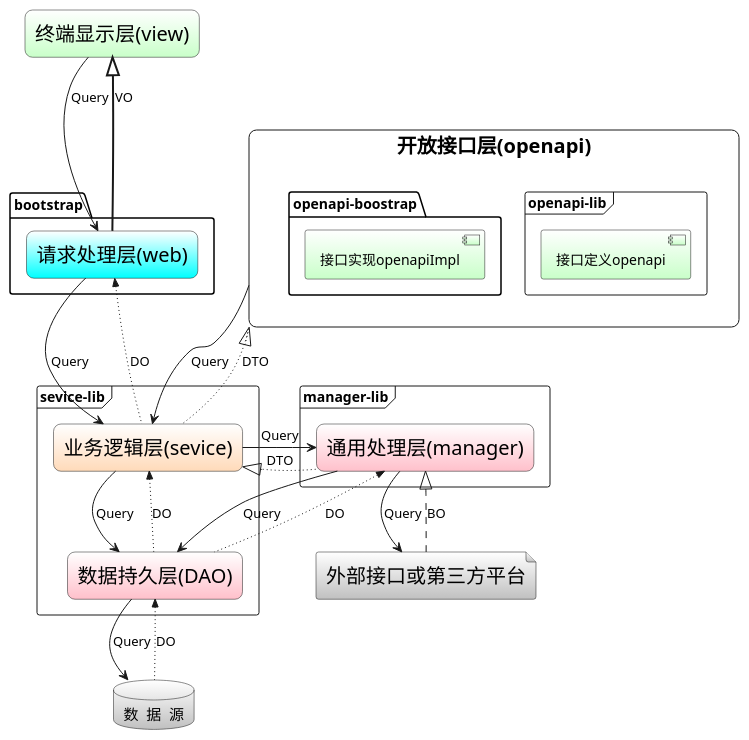
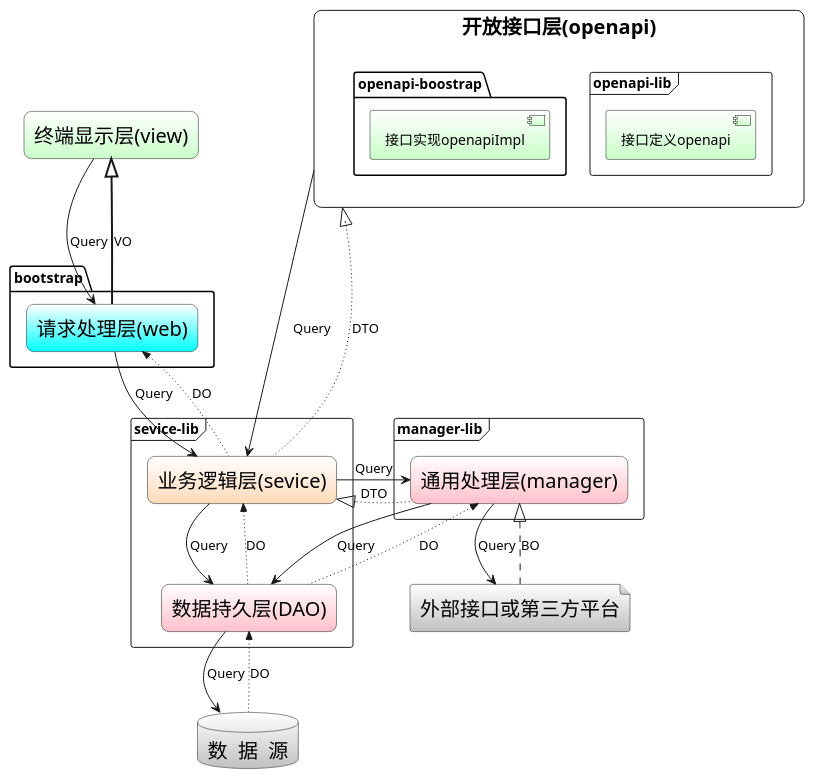
One commit to jianengzhn/baiju changed the first of 2 diagrams in doc/project-framework.puml. Above: the diagram before and after it, drawn with PlantUML. The commit also changed 2 other files, not shown here.

```diff
--- a/doc/project-framework.puml
+++ b/doc/project-framework.puml
@@ -1,58 +1,58 @@
 @startuml
 
 '圆角rectangle黑边
 skinparam  rectangle{
     RoundCorner 15
     FontSize 20
 }
-skinparam databaseFontSize 15
+skinparam databaseFontSize 20
 skinparam fileFontSize 20
 
 ' agent为直角形状红边框，
 rectangle #white-Technology "终端显示层(view)" as view
 ' rectangle #white-Technology "开放接口层(api)" as api
 rectangle "开放接口层(openapi)" as api {
   frame openapi-lib as f1 {
    component #white-Technology "接口定义openapi"
   }
   package openapi-boostrap as p1 {
     component #white-Technology  接口实现openapiImpl
   }
 }
 package bootstrap as p2 {
 rectangle #white-cyan "请求处理层(web)" as web
 }
 frame  sevice-lib as p3 {
     rectangle #white-peachpuff "业务逻辑层(sevice)" as sevice
     rectangle #white-pink "数据持久层(DAO)" as dao
 }
 frame manager-lib as p4 {
     rectangle #white-pink "通用处理层(manager)" as manager
 }
 database  #white-silver "数  据  源" as ds
 file #white-silver "外部接口或第三方平台" as oa
 
 '连线
 view -d-> web :Query
 'api -d-> web:Query
-api -d-> sevice:Query
+api -d--> sevice:Query
 web -d-> sevice :Query
 
 sevice -d-> dao:Query
 manager -d-> dao:Query
 sevice -d-> manager:Query
 dao -d-> ds:Query
 manager -d-> oa:Query
 
 '返回信息
 oa .u.|> manager:BO
 ds ~U~>> dao:DO
-dao ~u~>> manager:DO
+dao ~u~~>> manager:DO
 dao ~u~>> sevice:DO
 manager ~u~|> sevice:DTO
 
 sevice ~U~>> web:DO
 sevice ~u~|> api:DTO
 web =u=|> view :VO
 
 @enduml
```
